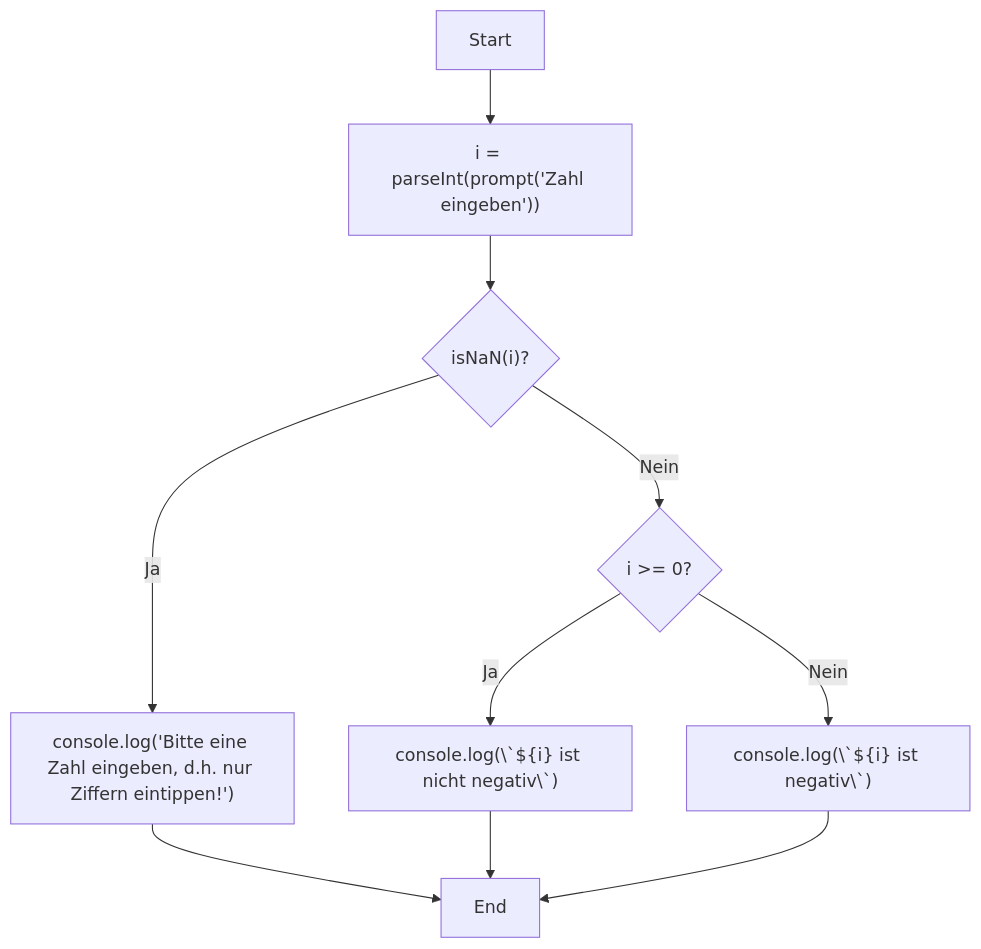
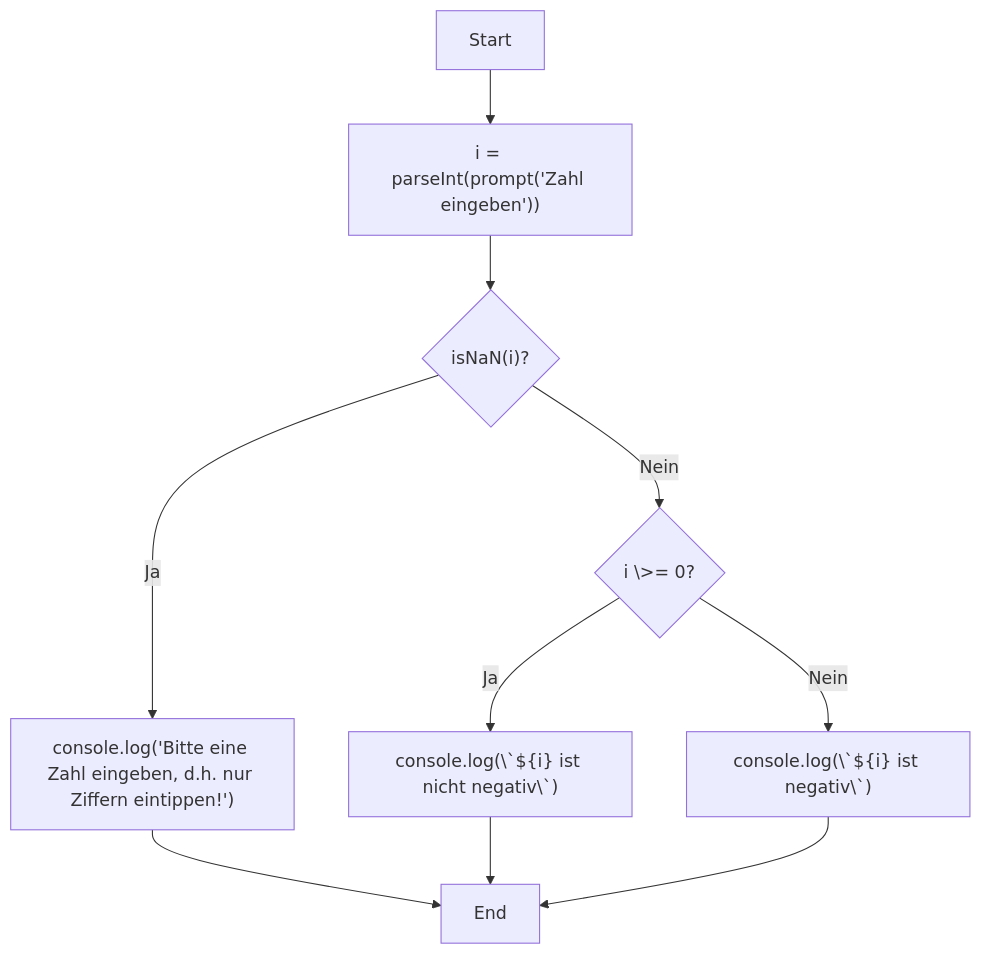
The diagram in pages/prog/03-logic-structure/if.mdx (behrends/workshops), drawn with Mermaid before and after one commit. The commit also changed other lines of this file and 1 other file, not shown here.

Commit message:
Mermaid again

````diff
--- a/pages/prog/03-logic-structure/if.mdx
+++ b/pages/prog/03-logic-structure/if.mdx
@@ -103,12 +90,12 @@
 ```mermaid
 flowchart TD
   A[Start] --> B["i = parseInt(prompt('Zahl eingeben'))"]
   B --> C{"isNaN(i)?"}
   C -->|"Ja"| D["console.log('Bitte eine Zahl eingeben, d.h. nur Ziffern eintippen!')"]
   D --> E[End]
-  C -->|"Nein"| F{i >= 0?}
+  C -->|"Nein"| F{i \>= 0?}
   F -->|"Ja"| G["console.log(\`${i} ist nicht negativ\`)"]
   G --> E
   F -->|"Nein"| H["console.log(\`${i} ist negativ\`)"]
   H --> E
 ```
````
